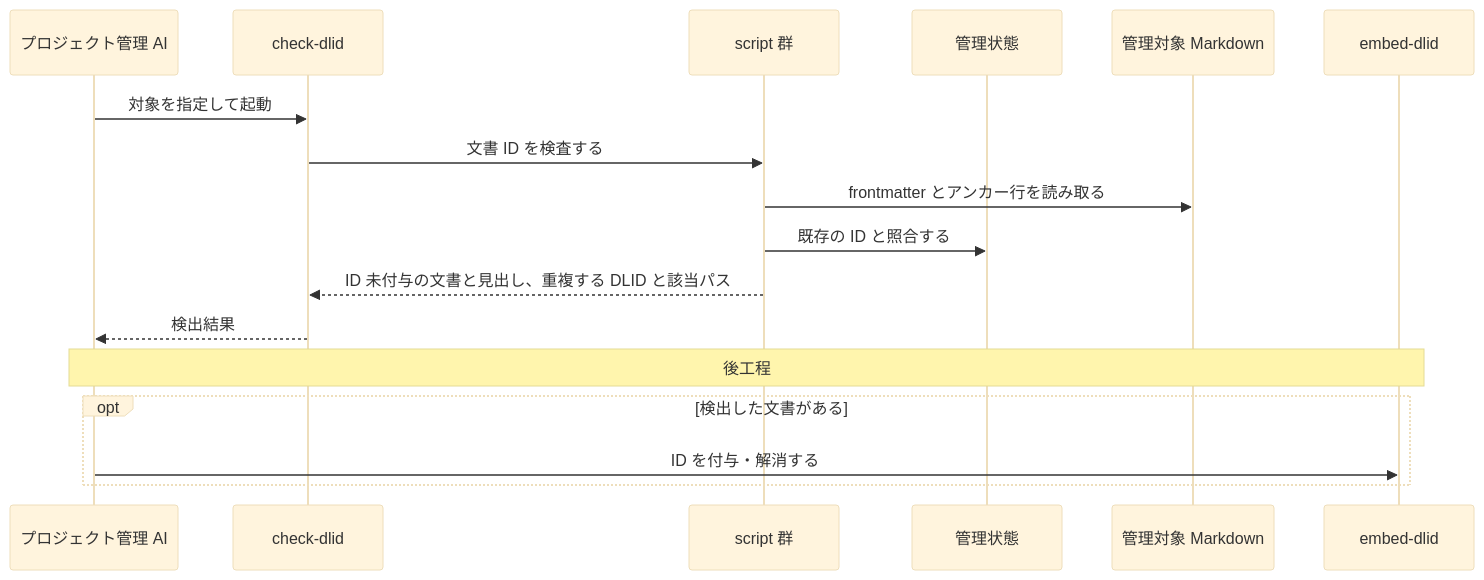
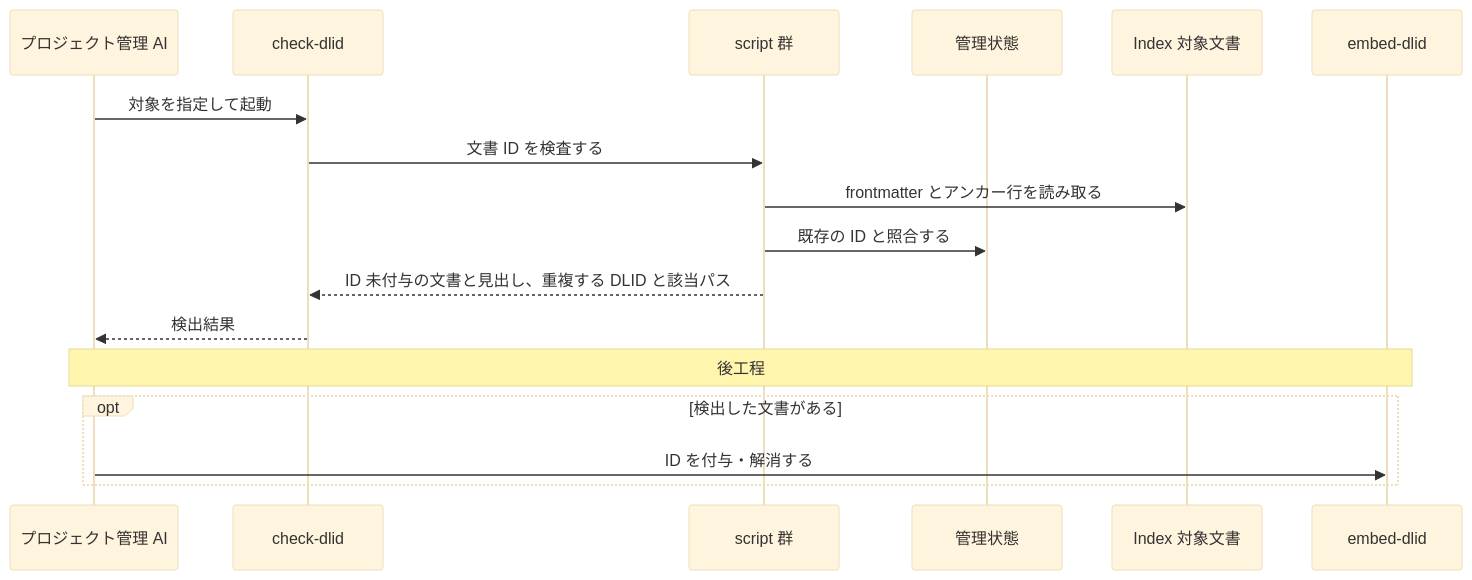
Before and after one commit to BlueEventHorizon/doc-link: the fifth of 9 diagrams in docs/specs/design/DES-010_skill-composition.md, drawn with Mermaid (base theme). The commit also changed other lines of this file and 23 other files, not shown here.

````diff
--- a/docs/specs/design/DES-010_skill-composition.md
+++ b/docs/specs/design/DES-010_skill-composition.md
@@ -248,20 +253,20 @@
 ```mermaid
 sequenceDiagram
     participant PM as プロジェクト管理 AI
     participant Skill as check-dlid
     participant Scripts as script 群
     participant State as 管理状態
-    participant Docs as 管理対象 Markdown
+    participant Docs as Index 対象文書
     participant Embed as embed-dlid
 
     PM->>Skill: 対象を指定して起動
     Skill->>Scripts: 文書 ID を検査する
     Scripts->>Docs: frontmatter とアンカー行を読み取る
     Scripts->>State: 既存の ID と照合する
     Scripts-->>Skill: ID 未付与の文書と見出し、重複する DLID と該当パス
     Skill-->>PM: 検出結果
     Note over PM,Embed: 後工程
     opt 検出した文書がある
         PM->>Embed: ID を付与・解消する
     end
 ```
````
